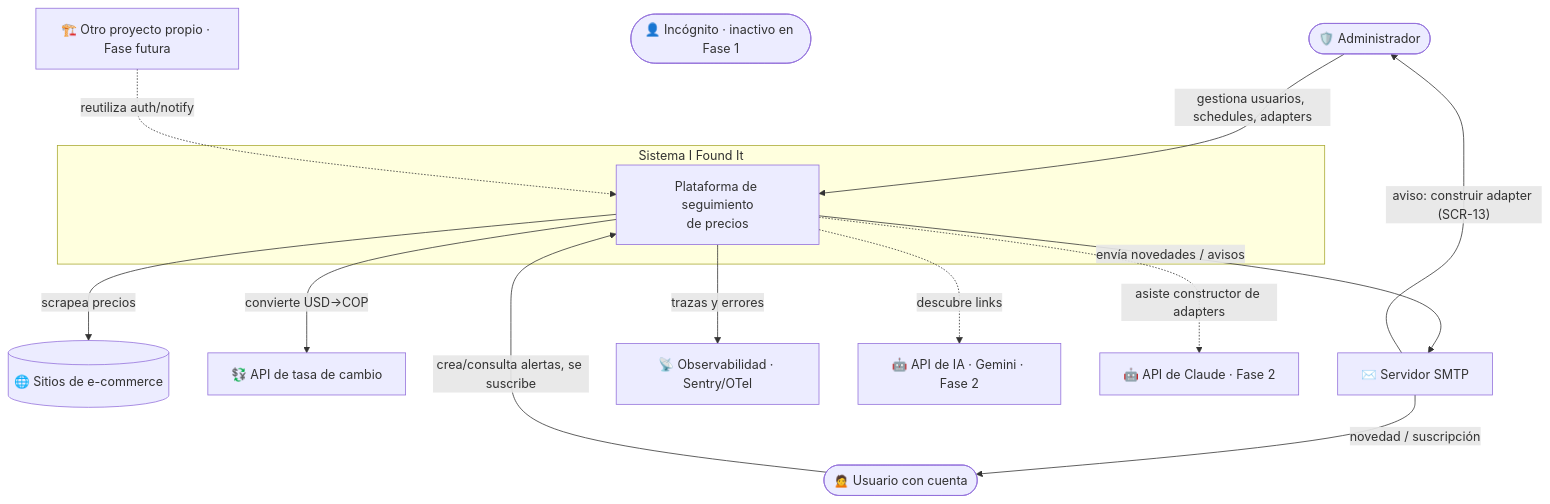
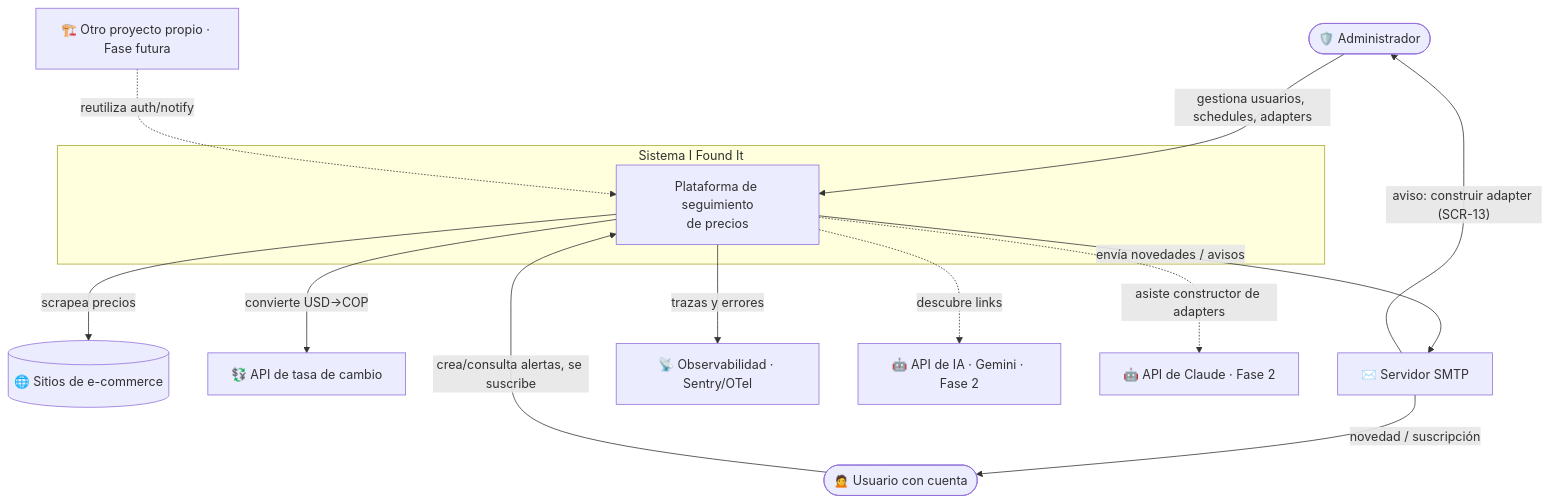
The first of 7 diagrams in docs/02-arquitectura.md (vida-I-found-it/architecture), drawn with Mermaid before and after one commit. The commit also changed other lines of this file and 20 other files, not shown here.

````diff
--- a/docs/02-arquitectura.md
+++ b/docs/02-arquitectura.md
@@ -22,30 +43,29 @@
 ```mermaid
 graph TB
     ADM([🛡️ Administrador])
     USR([🙍 Usuario con cuenta])
-    INC([👤 Incógnito · inactivo en Fase 1])
 
     subgraph Sistema I Found It
         APP[Plataforma de seguimiento<br/>de precios]
     end
 
     SITES[(🌐 Sitios de e-commerce)]
     FX[💱 API de tasa de cambio]
     SMTP[✉️ Servidor SMTP]
     OBS[📡 Observabilidad · Sentry/OTel]
     AI[🤖 API de IA · Gemini · Fase 2]
     CLAUDE[🤖 API de Claude · Fase 2]
     OTHER[🏗️ Otro proyecto propio · Fase futura]
 
     ADM -->|gestiona usuarios, schedules, adapters| APP
     USR -->|crea/consulta alertas, se suscribe| APP
     APP -->|scrapea precios| SITES
     APP -->|convierte USD→COP| FX
     APP -->|envía novedades / avisos| SMTP
     APP -->|trazas y errores| OBS
     APP -.descubre links.-> AI
     APP -.asiste constructor de adapters.-> CLAUDE
     SMTP -->|novedad / suscripción| USR
     SMTP -->|"aviso: construir adapter (SCR-13)"| ADM
     OTHER -.reutiliza auth/notify.-> APP
 ```
````
